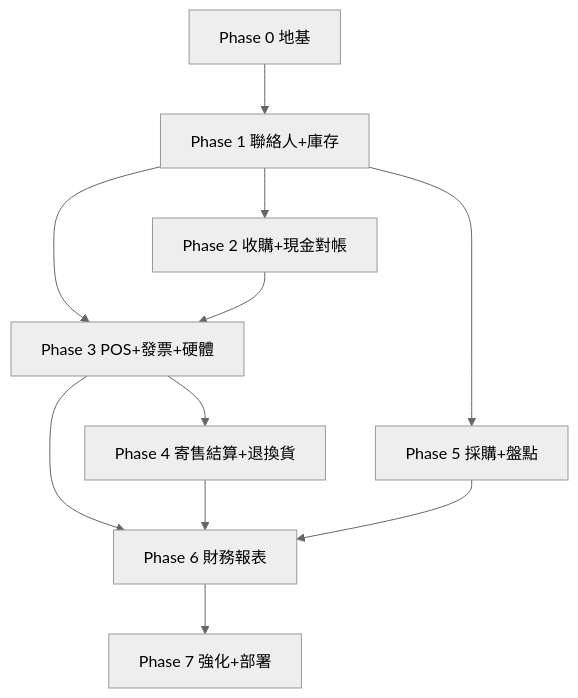
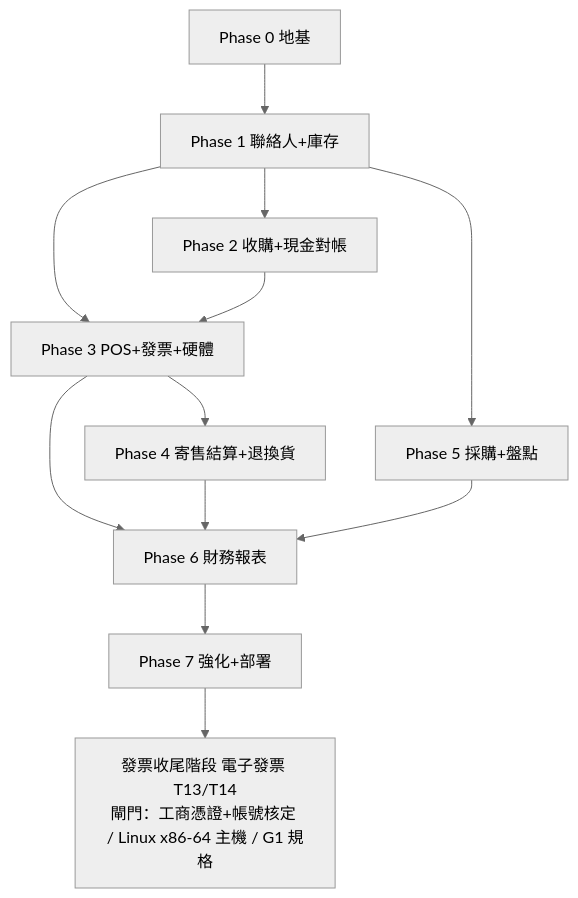
One commit to achicn3/lu-camp changed the diagram in docs/07-roadmap.md. Above: the diagram before and after it, drawn with Mermaid (neutral theme). The commit also changed other lines of this file and 2 other files, not shown here.

First line of the commit message:
docs: 電子發票 Turnkey 環境盤點落檔 + 發票整包延後至最後實作

````diff
--- a/docs/07-roadmap.md
+++ b/docs/07-roadmap.md
@@ -7,13 +7,14 @@
 ```mermaid
 graph TD
     P0[Phase 0 地基] --> P1[Phase 1 聯絡人+庫存]
     P1 --> P2[Phase 2 收購+現金對帳]
     P1 --> P3[Phase 3 POS+發票+硬體]
     P2 --> P3
     P3 --> P4[Phase 4 寄售結算+退換貨]
     P1 --> P5[Phase 5 採購+盤點]
     P3 --> P6[Phase 6 財務報表]
     P4 --> P6
     P5 --> P6
     P6 --> P7[Phase 7 強化+部署]
+    P7 --> EINV[發票收尾階段 電子發票 T13/T14<br/>閘門：工商憑證+帳號核定 / Linux x86-64 主機 / G1 規格]
 ```
````
